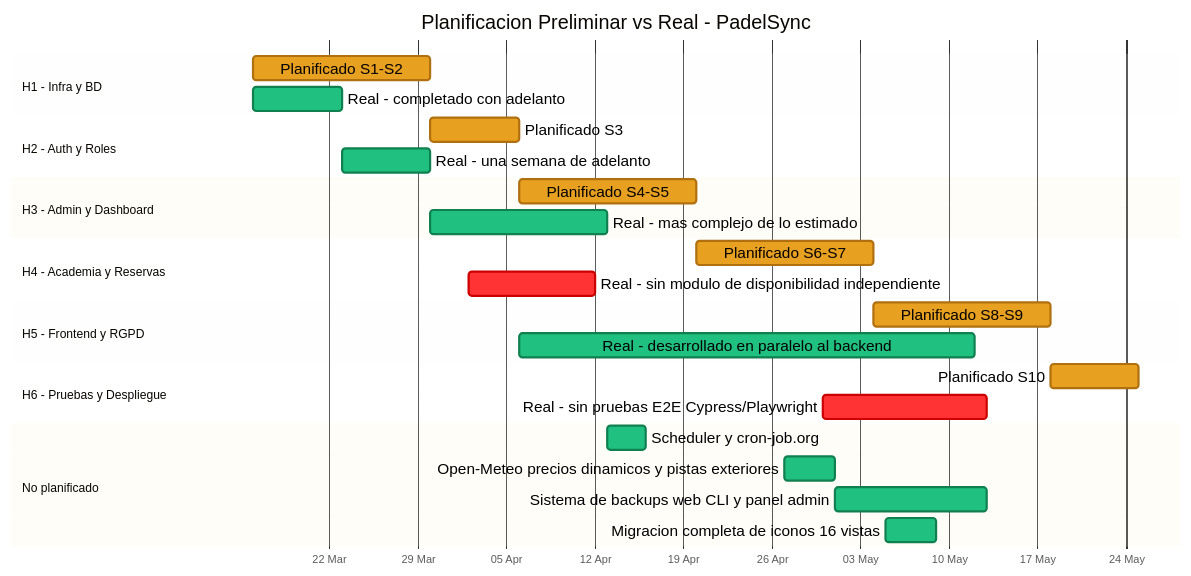
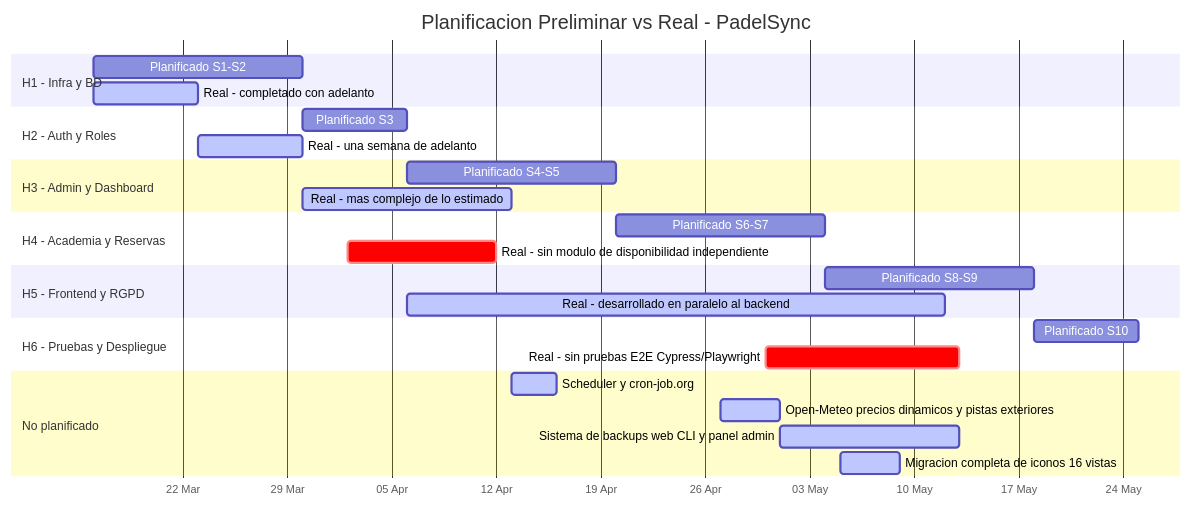
The second of 2 diagrams in docs/PLANIFICACION_REAL.md (pabloiglepe/Prueba1---TFG), drawn with Mermaid before and after one commit.

Commit message:
Actualizar documentación

````diff
--- a/docs/PLANIFICACION_REAL.md
+++ b/docs/PLANIFICACION_REAL.md
@@ -75,30 +75,30 @@
 ```mermaid
-%%{init: {'theme': 'base', 'gantt': {'leftPadding': 220, 'barHeight': 22, 'barGap': 6, 'fontSize': 14}, 'themeVariables': {'fontFamily': 'Impact', 'taskBkgColor': '#e8a020', 'taskBorderColor': '#b07010', 'taskTextColor': '#000000', 'taskTextOutsideColor': '#000000', 'taskTextLightColor': '#000000', 'taskTextDarkColor': '#000000', 'activeTaskBkgColor': '#20c080', 'activeTaskBorderColor': '#108050', 'critBkgColor': '#ff3333', 'critBorderColor': '#cc0000', 'todayLineColor': '#ffffff'}}}%%
+%%{init: {'theme': 'base', 'gantt': {'leftPadding': 220, 'barHeight': 22, 'barGap': 6, 'fontSize': 14}, 'themeVariables': {'fontFamily': Impact, 'taskBkgColor': '#e8a020', 'taskBorderColor': '#b07010', 'taskTextColor': '#000000', 'taskTextOutsideColor': '#000000', 'taskTextLightColor': '#000000', 'taskTextDarkColor': '#000000', 'activeTaskBkgColor': '#20c080', 'activeTaskBorderColor': '#108050', 'critBkgColor': '#ff3333', 'critBorderColor': '#cc0000', 'todayLineColor': '#ffffff'}}}%%
 gantt
     title Planificacion Preliminar vs Real - PadelSync
     dateFormat  YYYY-MM-DD
     axisFormat  %d %b
     section H1 - Infra y BD
     Planificado S1-S2                                  :p1, 2026-03-16, 14d
     Real - completado con adelanto                     :active, r1, 2026-03-16, 7d
     section H2 - Auth y Roles
     Planificado S3                                     :p2, 2026-03-30, 7d
     Real - una semana de adelanto                      :active, r2, 2026-03-23, 7d
     section H3 - Admin y Dashboard
     Planificado S4-S5                                  :p3, 2026-04-06, 14d
     Real - mas complejo de lo estimado                 :active, r3, 2026-03-30, 14d
     section H4 - Academia y Reservas
     Planificado S6-S7                                  :p4, 2026-04-20, 14d
     Real - sin modulo de disponibilidad independiente  :crit, r4, 2026-04-02, 10d
     section H5 - Frontend y RGPD
     Planificado S8-S9                                  :p5, 2026-05-04, 14d
     Real - desarrollado en paralelo al backend         :active, r5, 2026-04-06, 36d
     section H6 - Pruebas y Despliegue
     Planificado S10                                    :p6, 2026-05-18, 7d
     Real - sin pruebas E2E Cypress/Playwright          :crit, r6, 2026-04-30, 13d
     section No planificado
     Scheduler y cron-job.org                           :active, np1, 2026-04-13, 3d
     Open-Meteo precios dinamicos y pistas exteriores   :active, np2, 2026-04-27, 4d
     Sistema de backups web CLI y panel admin           :active, np3, 2026-05-01, 12d
     Migracion completa de iconos 16 vistas             :active, np4, 2026-05-05, 4d
 ```
````
